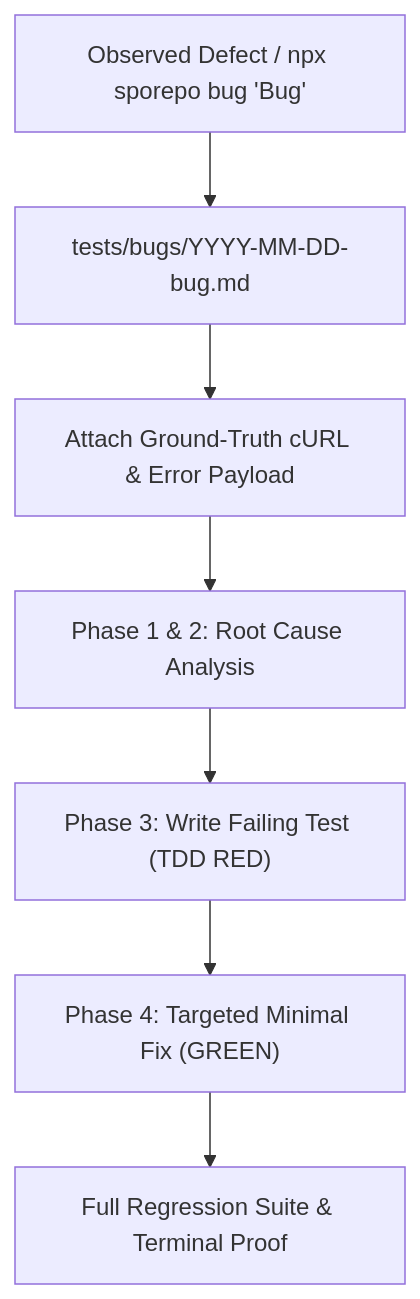
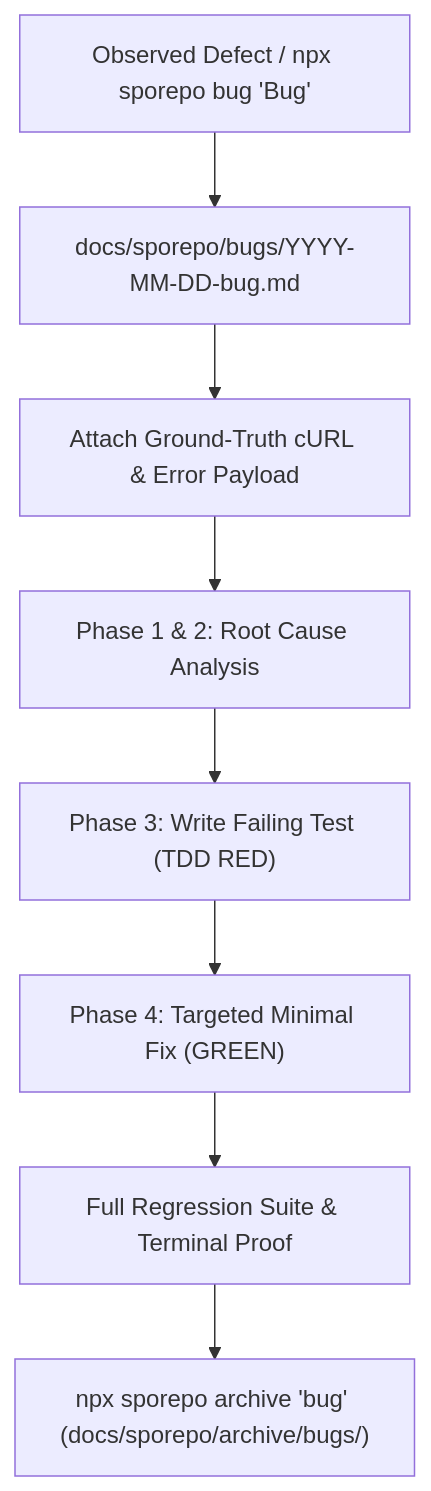
The second of 2 diagrams in README.md (dimas-sulaksono/sporepo), drawn with Mermaid before and after one commit. The commit also changed other lines of this file and 25 other files, not shown here.

Commit message:
feat(workspace): migrate workspace structure to docs/sporepo with archive and migrate commands (v1.1.0)

````diff
--- a/README.md
+++ b/README.md
@@ -43,9 +47,10 @@
 ```mermaid
 flowchart TD
-    A["Observed Defect / npx sporepo bug 'Bug'"] --> B["tests/bugs/YYYY-MM-DD-bug.md"]
+    A["Observed Defect / npx sporepo bug 'Bug'"] --> B["docs/sporepo/bugs/YYYY-MM-DD-bug.md"]
     B --> C["Attach Ground-Truth cURL & Error Payload"]
     C --> D["Phase 1 & 2: Root Cause Analysis"]
     D --> E["Phase 3: Write Failing Test (TDD RED)"]
     E --> F["Phase 4: Targeted Minimal Fix (GREEN)"]
     F --> G["Full Regression Suite & Terminal Proof"]
+    G --> H["npx sporepo archive 'bug' (docs/sporepo/archive/bugs/)"]
 ```
````
